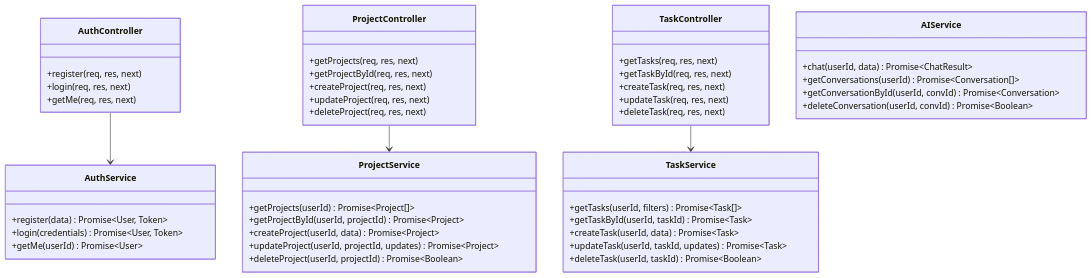
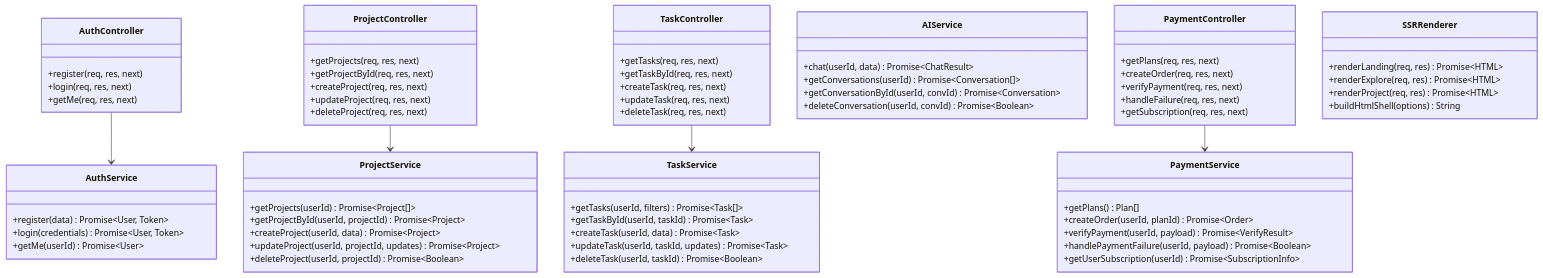
One commit to Avenash005/Dev-Track changed the first of 3 diagrams in docs/LLD.md. Above: the diagram before and after it, drawn with Mermaid. The commit also changed other lines of this file and 52 other files, not shown here.

````diff
--- a/docs/LLD.md
+++ b/docs/LLD.md
@@ -13,57 +13,81 @@
 ```mermaid
 classDiagram
     class AuthController {
         +register(req, res, next)
         +login(req, res, next)
         +getMe(req, res, next)
     }
 
     class ProjectController {
         +getProjects(req, res, next)
         +getProjectById(req, res, next)
         +createProject(req, res, next)
         +updateProject(req, res, next)
         +deleteProject(req, res, next)
     }
 
     class TaskController {
         +getTasks(req, res, next)
         +getTaskById(req, res, next)
         +createTask(req, res, next)
         +updateTask(req, res, next)
         +deleteTask(req, res, next)
     }
 
     class AuthService {
         +register(data) Promise~User, Token~
         +login(credentials) Promise~User, Token~
         +getMe(userId) Promise~User~
     }
 
     class ProjectService {
         +getProjects(userId) Promise~Project[]~
         +getProjectById(userId, projectId) Promise~Project~
         +createProject(userId, data) Promise~Project~
         +updateProject(userId, projectId, updates) Promise~Project~
         +deleteProject(userId, projectId) Promise~Boolean~
     }
 
     class TaskService {
         +getTasks(userId, filters) Promise~Task[]~
         +getTaskById(userId, taskId) Promise~Task~
         +createTask(userId, data) Promise~Task~
         +updateTask(userId, taskId, updates) Promise~Task~
         +deleteTask(userId, taskId) Promise~Boolean~
     }
 
     class AIService {
         +chat(userId, data) Promise~ChatResult~
         +getConversations(userId) Promise~Conversation[]~
         +getConversationById(userId, convId) Promise~Conversation~
         +deleteConversation(userId, convId) Promise~Boolean~
     }
 
+    class PaymentController {
+        +getPlans(req, res, next)
+        +createOrder(req, res, next)
+        +verifyPayment(req, res, next)
+        +handleFailure(req, res, next)
+        +getSubscription(req, res, next)
+    }
+
+    class PaymentService {
+        +getPlans() Plan[]
+        +createOrder(userId, planId) Promise~Order~
+        +verifyPayment(userId, payload) Promise~VerifyResult~
+        +handlePaymentFailure(userId, payload) Promise~Boolean~
+        +getUserSubscription(userId) Promise~SubscriptionInfo~
+    }
+
+    class SSRRenderer {
+        +renderLanding(req, res) Promise~HTML~
+        +renderExplore(req, res) Promise~HTML~
+        +renderProject(req, res) Promise~HTML~
+        +buildHtmlShell(options) String
+    }
+
     AuthController --> AuthService
     ProjectController --> ProjectService
     TaskController --> TaskService
+    PaymentController --> PaymentService
 ```
````
